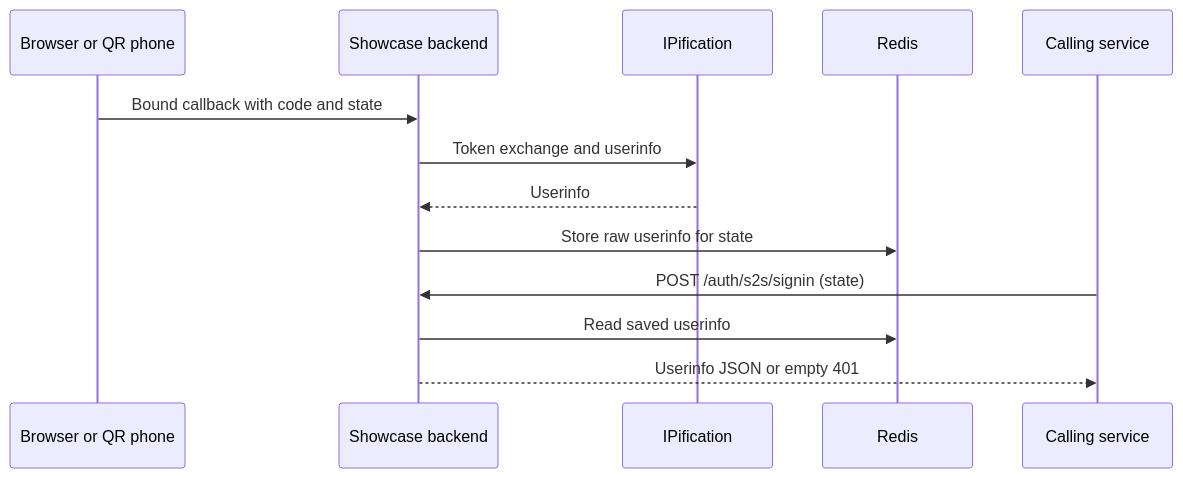
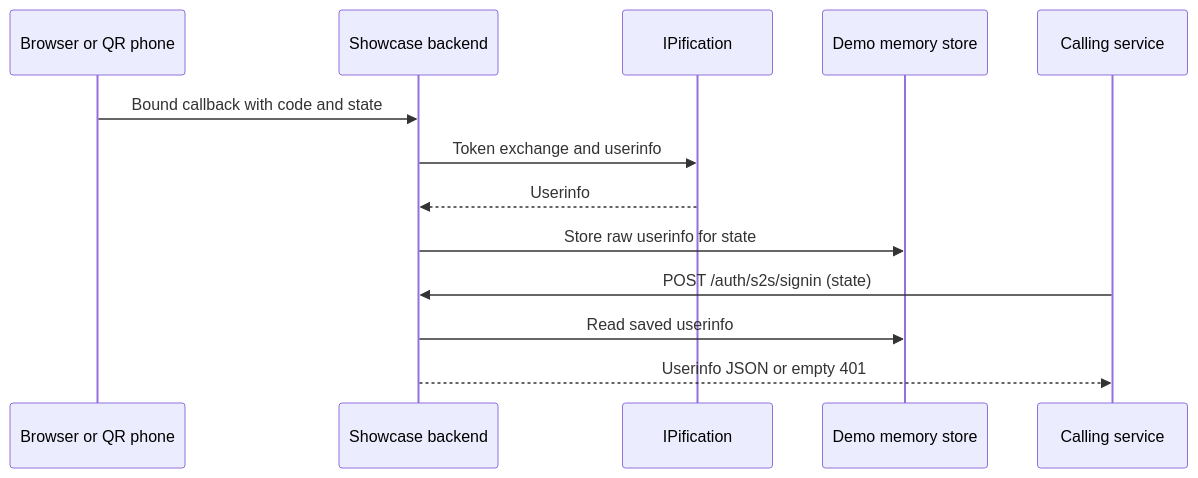
The second of 2 diagrams in docs/nextjs/mobile-s2s.md (ipification/ipification-showcase), drawn with Mermaid before and after one commit. The commit also changed other lines of this file and 41 other files, not shown here.

Commit message:
refactor: replace Redis with in-memory demo storage

````diff
--- a/docs/nextjs/mobile-s2s.md
+++ b/docs/nextjs/mobile-s2s.md
@@ -64,15 +64,15 @@
 ```mermaid
 sequenceDiagram
     participant B as Browser or QR phone
     participant S as Showcase backend
     participant I as IPification
-    participant R as Redis
+    participant R as Demo memory store
     participant C as Calling service
     B->>S: Bound callback with code and state
     S->>I: Token exchange and userinfo
     I-->>S: Userinfo
     S->>R: Store raw userinfo for state
     C->>S: POST /auth/s2s/signin (state)
     S->>R: Read saved userinfo
     S-->>C: Userinfo JSON or empty 401
 ```
````
